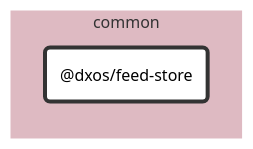
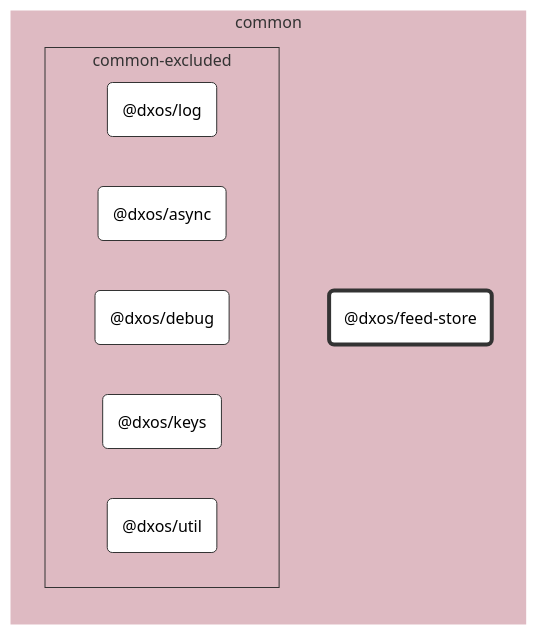
Before and after one commit to dxos/dxos: the diagram in packages/common/feed-store/docs/README.md, drawn with Mermaid (forest theme). The commit also changed 69 other files, not shown here.

````diff
--- a/packages/common/feed-store/docs/README.md
+++ b/packages/common/feed-store/docs/README.md
@@ -7,20 +7,34 @@
 ```mermaid
 %%{ init: {'flowchart':{'curve':'basis'}} }%%
 
 flowchart LR
 
 %% Classes
 classDef def fill:#fff,stroke:#333,stroke-width:1px
 classDef root fill:#fff,stroke:#333,stroke-width:4px
 
 %% Nodes
 
 subgraph common [common]
   style common fill:#debac2,stroke:#fff
   dxos/feed-store("@dxos/feed-store"):::root
   click dxos/feed-store "dxos/dxos/tree/main/packages/common/feed-store/docs"
+
+  subgraph common-excluded [common-excluded]
+    style common-excluded fill:#debac2,stroke:#333,stroke-dashed:5 5
+    dxos/log("@dxos/log"):::def
+    click dxos/log "dxos/dxos/tree/main/packages/common/log/docs"
+    dxos/async("@dxos/async"):::def
+    click dxos/async "dxos/dxos/tree/main/packages/common/async/docs"
+    dxos/debug("@dxos/debug"):::def
+    click dxos/debug "dxos/dxos/tree/main/packages/common/debug/docs"
+    dxos/keys("@dxos/keys"):::def
+    click dxos/keys "dxos/dxos/tree/main/packages/common/keys/docs"
+    dxos/util("@dxos/util"):::def
+    click dxos/util "dxos/dxos/tree/main/packages/common/util/docs"
+  end
 end
 
 %% Links
 linkStyle default stroke:#333,stroke-width:1px
 ```
````
